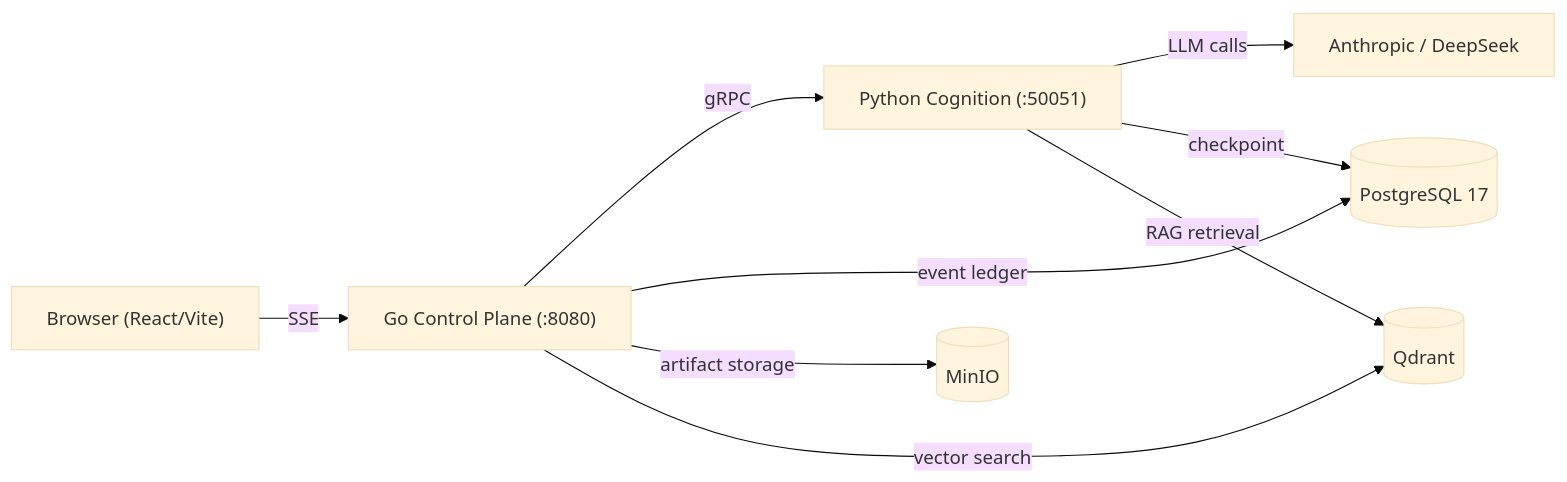
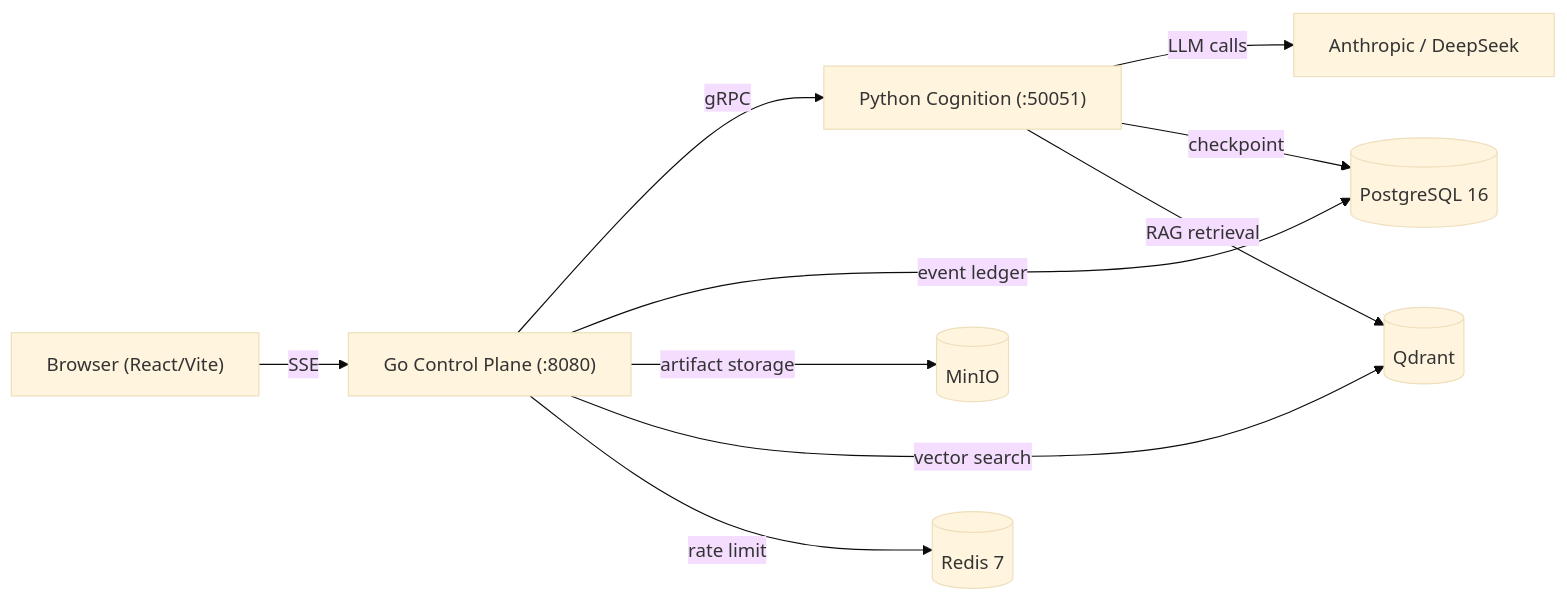
One commit to LingMi1/agent-go changed the diagram in README.md. Above: the diagram before and after it, drawn with Mermaid (base theme). The commit also changed other lines of this file and 26 other files, not shown here.

First line of the commit message:
feat: wire Redis rate limiting, remove NATS, sync README with reality

````diff
--- a/README.md
+++ b/README.md
@@ -27,11 +27,12 @@
 ```mermaid
 graph LR
     Browser["Browser (React/Vite)"] -- "SSE" --> CP["Go Control Plane (:8080)"]
     CP -- "gRPC" --> CN["Python Cognition (:50051)"]
-    CP -- "event ledger" --> PG[("PostgreSQL 17")]
+    CP -- "event ledger" --> PG[("PostgreSQL 16")]
     CP -- "artifact storage" --> MinIO[("MinIO")]
     CP -- "vector search" --> Qdrant[("Qdrant")]
+    CP -- "rate limit" --> Redis[("Redis 7")]
     CN -- "LLM calls" --> LLM["Anthropic / DeepSeek"]
     CN -- "checkpoint" --> PG
     CN -- "RAG retrieval" --> Qdrant
 ```
````
